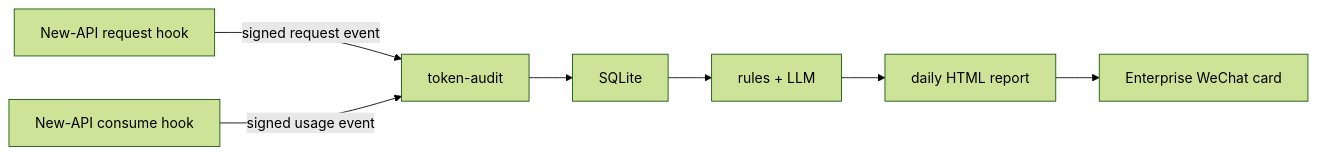
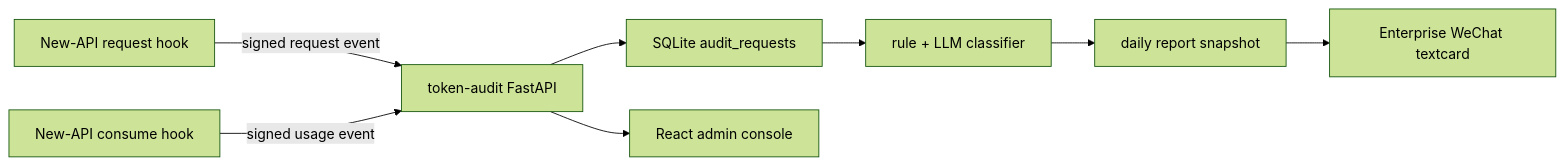
Before and after one commit to Bigduang/new-api-audit-for-company: the diagram in docs/i18n/README.en.md, drawn with Mermaid (forest theme). The commit also changed other lines of this file and 3 other files, not shown here.

Commit message:
Sync token audit README translations

````diff
--- a/docs/i18n/README.en.md
+++ b/docs/i18n/README.en.md
@@ -31,9 +31,10 @@
 ```mermaid
 flowchart LR
-  A["New-API request hook"] -->|signed request event| B["token-audit"]
+  A["New-API request hook"] -->|signed request event| B["token-audit FastAPI"]
   C["New-API consume hook"] -->|signed usage event| B
-  B --> D["SQLite"]
-  D --> E["rules + LLM"]
-  E --> F["daily HTML report"]
-  F --> G["Enterprise WeChat card"]
+  B --> D["SQLite audit_requests"]
+  D --> E["rule + LLM classifier"]
+  E --> F["daily report snapshot"]
+  F --> G["Enterprise WeChat textcard"]
+  B --> H["React admin console"]
 ```
````
